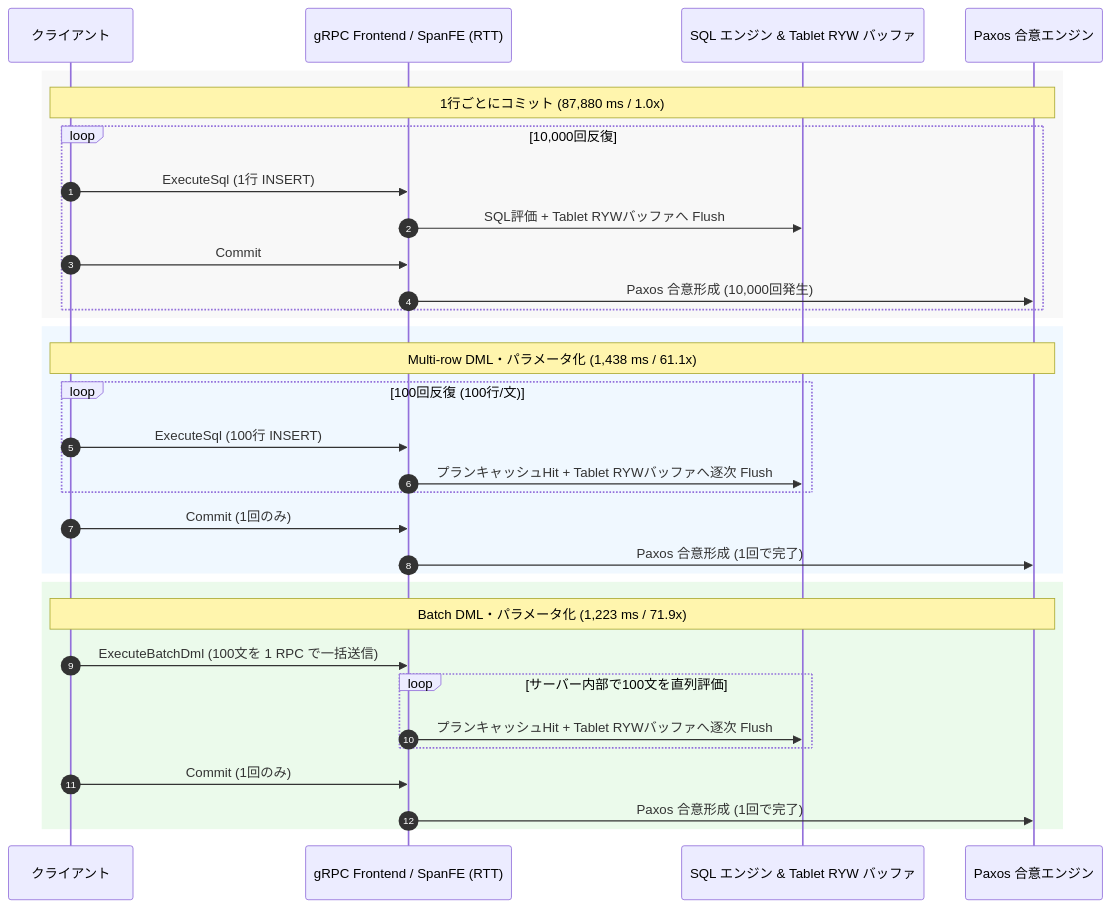
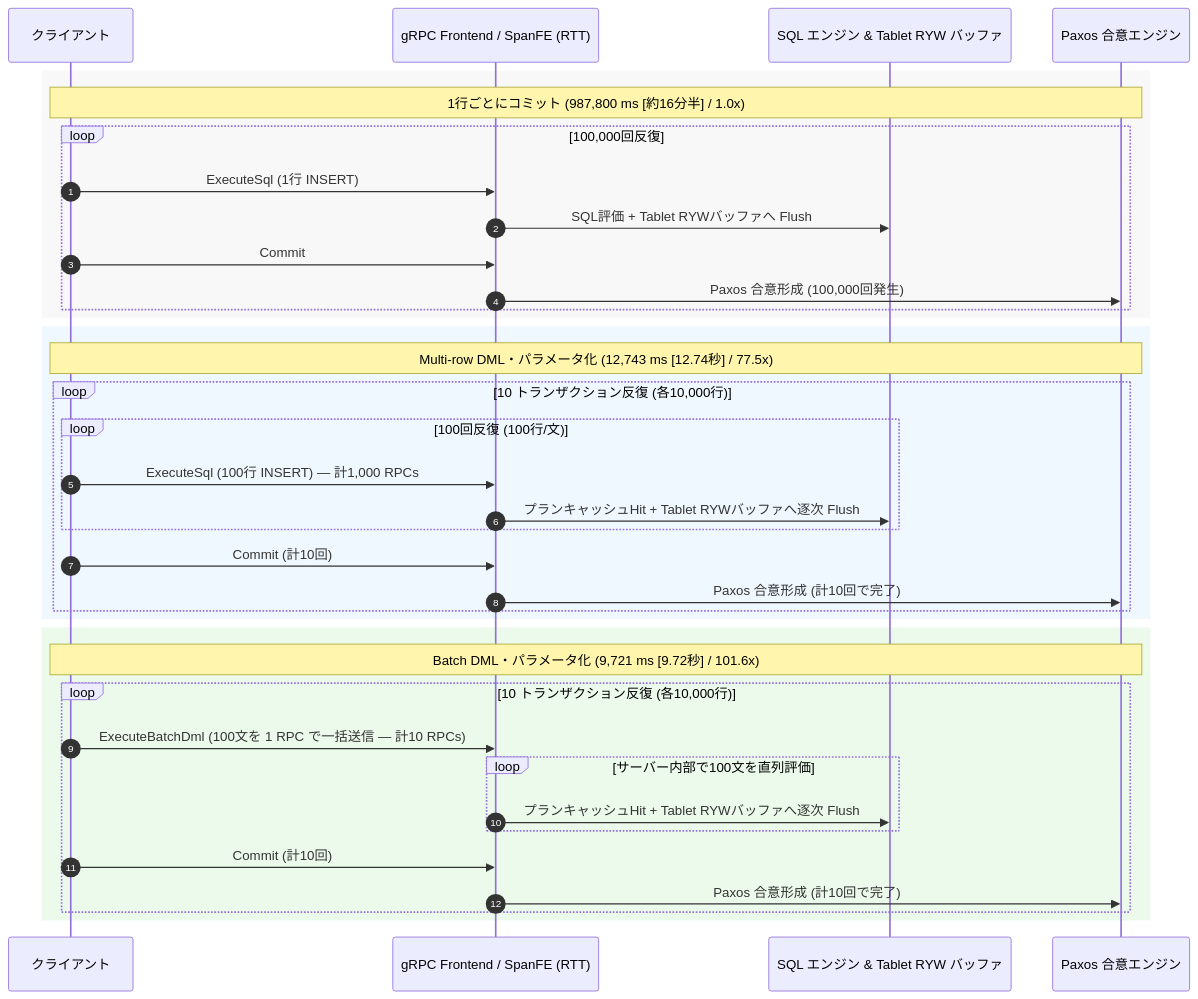
Before and after one commit to michity15169/zenn-content: the second of 6 diagrams in articles/7aad16e9b5760d.md, drawn with Mermaid. The commit also changed other lines of this file, not shown here.

````diff
--- a/articles/7aad16e9b5760d.md
+++ b/articles/7aad16e9b5760d.md
@@ -169,38 +193,42 @@
 ```mermaid
 sequenceDiagram
     autonumber
     participant C as クライアント
     participant GW as gRPC Frontend / SpanFE (RTT)
     participant SQL as SQL エンジン & Tablet RYW バッファ
     participant P as Paxos 合意エンジン
 
     rect rgb(248, 248, 248)
-    Note over C,P: 1行ごとにコミット (87,880 ms / 1.0x)
-    loop 10,000回反復
+    Note over C,P: 1行ごとにコミット (987,800 ms [約16分半] / 1.0x)
+    loop 100,000回反復
         C->>GW: ExecuteSql (1行 INSERT)
         GW->>SQL: SQL評価 + Tablet RYWバッファへ Flush
         C->>GW: Commit
-        GW->>P: Paxos 合意形成 (10,000回発生)
+        GW->>P: Paxos 合意形成 (100,000回発生)
     end
     end
 
     rect rgb(240, 248, 255)
-    Note over C,P: Multi-row DML・パラメータ化 (1,438 ms / 61.1x)
-    loop 100回反復 (100行/文)
-        C->>GW: ExecuteSql (100行 INSERT)
-        GW->>SQL: プランキャッシュHit + Tablet RYWバッファへ逐次 Flush
+    Note over C,P: Multi-row DML・パラメータ化 (12,743 ms [12.74秒] / 77.5x)
+    loop 10 トランザクション反復 (各10,000行)
+        loop 100回反復 (100行/文)
+            C->>GW: ExecuteSql (100行 INSERT) — 計1,000 RPCs
+            GW->>SQL: プランキャッシュHit + Tablet RYWバッファへ逐次 Flush
+        end
+        C->>GW: Commit (計10回)
+        GW->>P: Paxos 合意形成 (計10回で完了)
     end
-    C->>GW: Commit (1回のみ)
-    GW->>P: Paxos 合意形成 (1回で完了)
     end
 
     rect rgb(235, 250, 235)
-    Note over C,P: Batch DML・パラメータ化 (1,223 ms / 71.9x)
-    C->>GW: ExecuteBatchDml (100文を 1 RPC で一括送信)
-    loop サーバー内部で100文を直列評価
-        GW->>SQL: プランキャッシュHit + Tablet RYWバッファへ逐次 Flush
+    Note over C,P: Batch DML・パラメータ化 (9,721 ms [9.72秒] / 101.6x)
+    loop 10 トランザクション反復 (各10,000行)
+        C->>GW: ExecuteBatchDml (100文を 1 RPC で一括送信 — 計10 RPCs)
+        loop サーバー内部で100文を直列評価
+            GW->>SQL: プランキャッシュHit + Tablet RYWバッファへ逐次 Flush
+        end
+        C->>GW: Commit (計10回)
+        GW->>P: Paxos 合意形成 (計10回で完了)
     end
-    C->>GW: Commit (1回のみ)
-    GW->>P: Paxos 合意形成 (1回で完了)
     end
 ```
````
